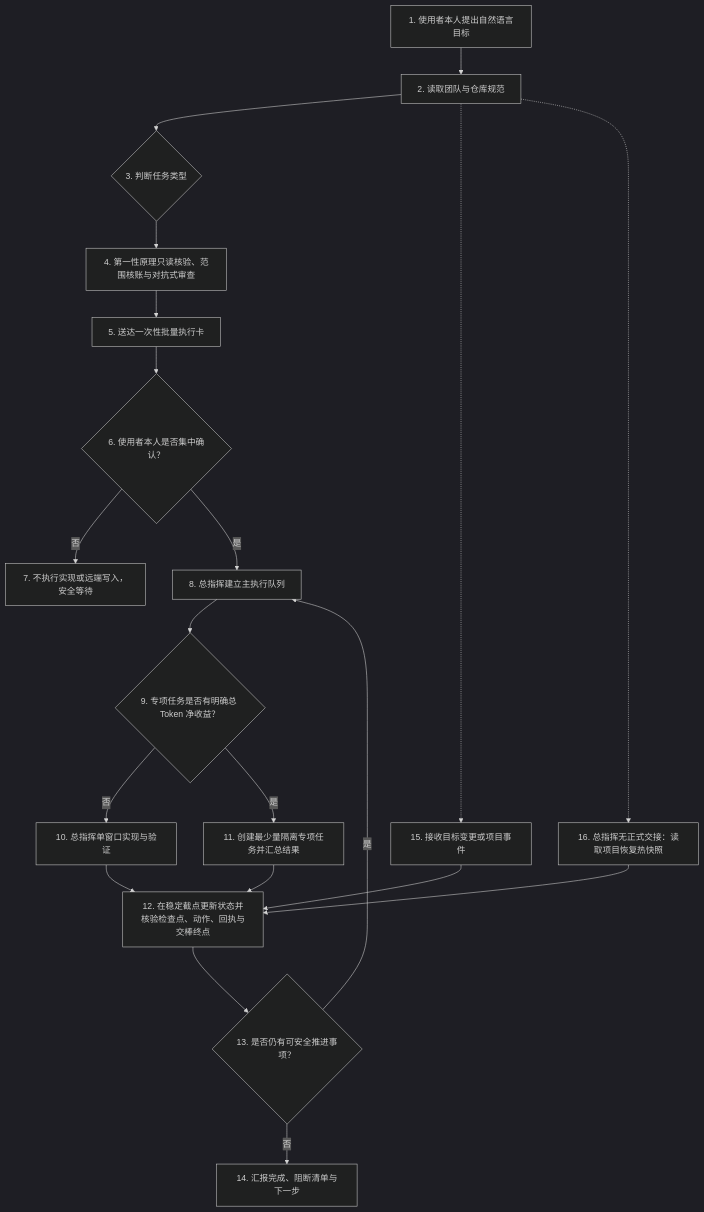
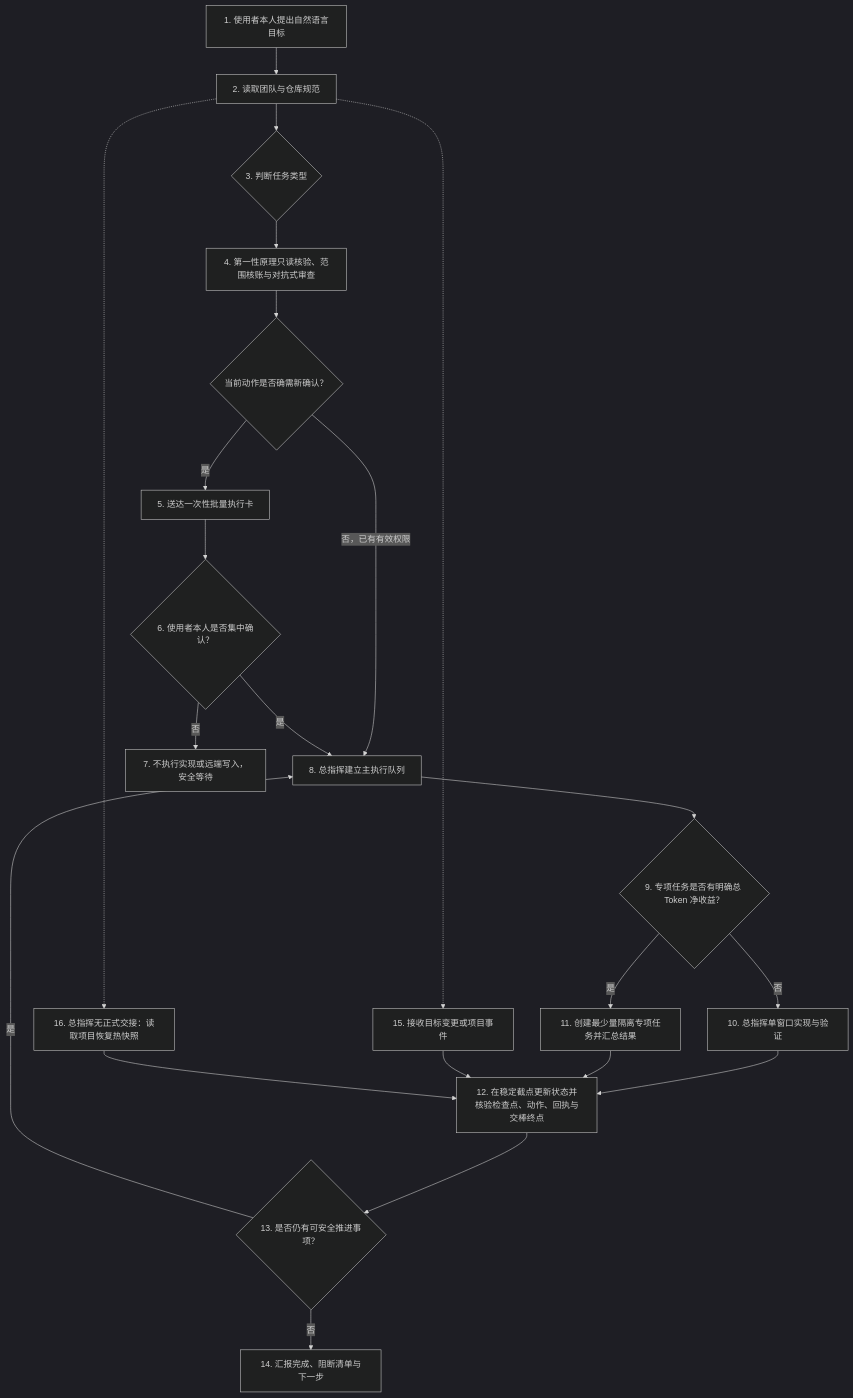
The diagram in 总指挥工作流/第二代总指挥的工作模式/00-第二代工作流总览.md (RongNianXin/codex-workflows), drawn with Mermaid (dark theme) before and after one commit. The commit also changed other lines of this file and 19 other files, not shown here.

````diff
--- a/总指挥工作流/第二代总指挥的工作模式/00-第二代工作流总览.md
+++ b/总指挥工作流/第二代总指挥的工作模式/00-第二代工作流总览.md
@@ -45,23 +45,25 @@
 ```mermaid
 flowchart TD
     _01["1. 使用者本人提出自然语言目标"] --> _02["2. 读取团队与仓库规范"]
     _02 --> _03{"3. 判断任务类型"}
     _03 --> _04["4. 第一性原理只读核验、范围核账与对抗式审查"]
-    _04 --> _05["5. 送达一次性批量执行卡"]
+    _04 --> _gate{"当前动作是否确需新确认？"}
+    _gate -->|否，已有有效权限| _08
+    _gate -->|是| _05["5. 送达一次性批量执行卡"]
     _05 --> _06{"6. 使用者本人是否集中确认？"}
     _06 -->|否| _07["7. 不执行实现或远端写入，安全等待"]
     _06 -->|是| _08["8. 总指挥建立主执行队列"]
     _08 --> _09{"9. 专项任务是否有明确总 Token 净收益？"}
     _09 -->|否| _10["10. 总指挥单窗口实现与验证"]
     _09 -->|是| _11["11. 创建最少量隔离专项任务并汇总结果"]
     _10 --> _12
     _11 --> _12
     _12["12. 在稳定截点更新状态并核验检查点、动作、回执与交棒终点"]
     _12 --> _13{"13. 是否仍有可安全推进事项？"}
     _13 -->|是| _08
     _13 -->|否| _14["14. 汇报完成、阻断清单与下一步"]
     _02 -.-> _15["15. 接收目标变更或项目事件"]
     _15 --> _12
     _02 -.-> _16["16. 总指挥无正式交接：读取项目恢复热快照"]
     _16 --> _12
 ```
````
